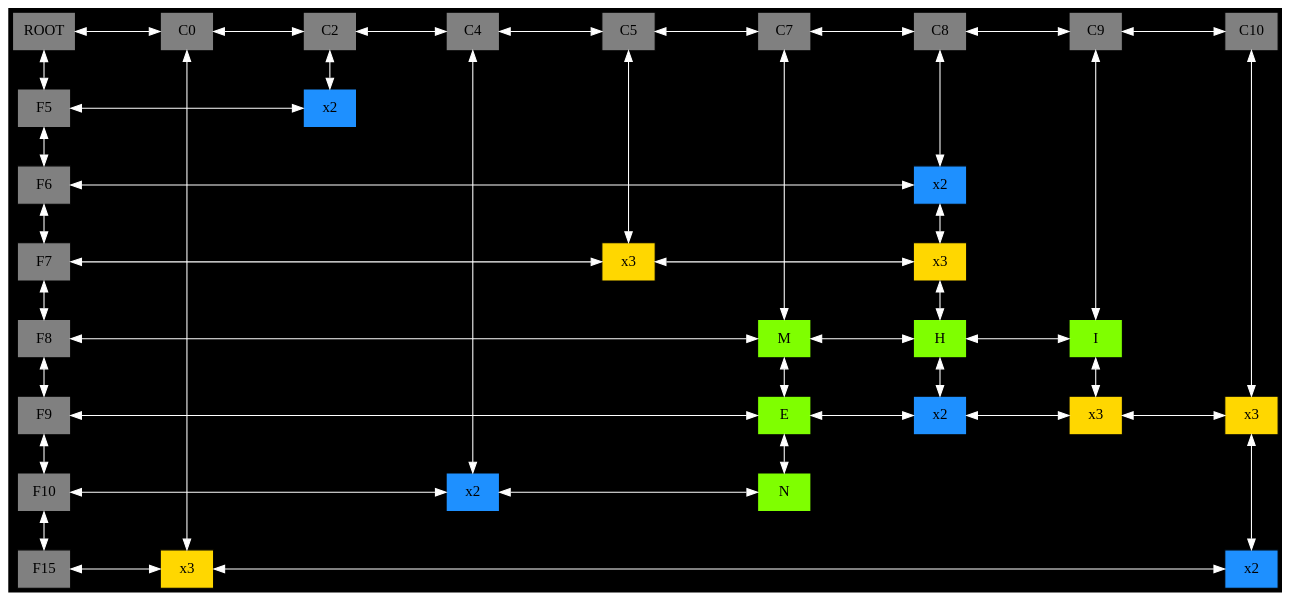
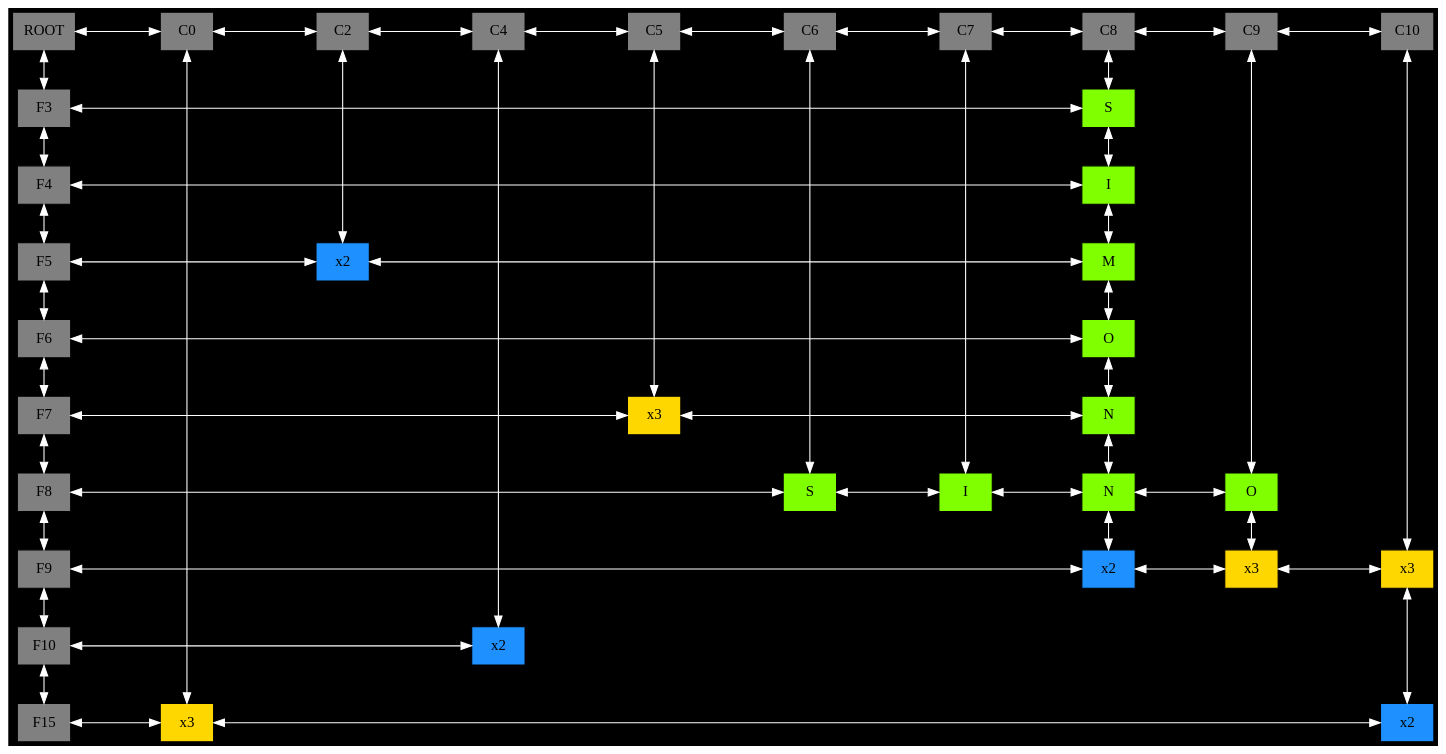
The diagram in Proyecto1EDD_201800464/REPORTES/matriz.dot (PabloAndresArg/EDD_1S2020_PY1_201800464), drawn with Graphviz before and after one commit. The commit also changed 36 other files, not shown here.

```diff
--- a/Proyecto1EDD_201800464/REPORTES/matriz.dot
+++ b/Proyecto1EDD_201800464/REPORTES/matriz.dot
@@ -1,98 +1,114 @@
 digraph G {bgcolor = black; 
 node[pin = true , shape = box, fontcolor = black  , fillcolor = gray  , width=0.7 ,style = filled] ;
 charset = latin1;
  style = filled ;
 nodesep = 1.0;
-VAL_00F0DFD8->VAL_00F45A90 [ dir=both ,color = white]; 
-VAL_00F0DFD8->VAL_00F44BA8 [  dir=both,  color = white]; 
-VAL_00F0DFD8[label = "ROOT", group = -1,pos = "-1,1" ];
-VAL_00F45A90->VAL_00F44B60 [ dir=both, color = white]; 
-VAL_00F45A90->VAL_00F45E80 [ dir=both, color = white]; 
-VAL_00F45A90[label="C0", group = 0,pos = "0,1" ];
-VAL_00F44B60->VAL_00F45F10 [ dir=both, color = white]; 
-VAL_00F44B60->VAL_00F44FE0 [ dir=both, color = white]; 
-VAL_00F44B60[label="C2", group = 2,pos = "2,1" ];
-VAL_00F45F10->VAL_00F45730 [ dir=both, color = white]; 
-VAL_00F45F10->VAL_00F45BF8 [ dir=both, color = white]; 
-VAL_00F45F10[label="C4", group = 4,pos = "4,1" ];
-VAL_00F45730->VAL_00F46540 [ dir=both, color = white]; 
-VAL_00F45730->VAL_00F45658 [ dir=both, color = white]; 
-VAL_00F45730[label="C5", group = 5,pos = "5,1" ];
-VAL_00F46540->VAL_00F449F8 [ dir=both, color = white]; 
-VAL_00F46540->VAL_00F46300 [ dir=both, color = white]; 
-VAL_00F46540[label="C7", group = 7,pos = "7,1" ];
-VAL_00F449F8->VAL_00F452F8 [ dir=both, color = white]; 
-VAL_00F449F8->VAL_00F448D8 [ dir=both, color = white]; 
-VAL_00F449F8[label="C8", group = 8,pos = "8,1" ];
-VAL_00F452F8->VAL_00F45EC8 [ dir=both, color = white]; 
-VAL_00F452F8->VAL_00F45418 [ dir=both, color = white]; 
-VAL_00F452F8[label="C9", group = 9,pos = "9,1" ];
-VAL_00F45EC8->VAL_00F45AD8 [ dir=both, color = white]; 
-VAL_00F45EC8[label="C10", group = 10,pos = "10,1" ];
-VAL_00F44BA8->VAL_00F44FE0 [ dir=both ,color = white]; 
-VAL_00F44BA8->VAL_00F44BF0 [  dir=both,  color = white]; 
-VAL_00F44BA8[label="F5" , group = -1,pos = "-1,-5" ];
-VAL_00F44FE0[ label = " x2 " ,fillcolor = dodgerblue1, group = 2,pos = "2,-5" ];
-VAL_00F44BF0->VAL_00F448D8 [ dir=both ,color = white]; 
-VAL_00F44BF0->VAL_00F45220 [  dir=both,  color = white]; 
-VAL_00F44BF0[label="F6" , group = -1,pos = "-1,-6" ];
-VAL_00F448D8->VAL_00F452B0 [ dir=both, color = white]; 
-VAL_00F448D8[ label = " x2 " ,fillcolor = dodgerblue1, group = 8,pos = "8,-6" ];
-VAL_00F45220->VAL_00F45658 [ dir=both ,color = white]; 
-VAL_00F45220->VAL_00F456E8 [  dir=both,  color = white]; 
-VAL_00F45220[label="F7" , group = -1,pos = "-1,-7" ];
-VAL_00F45658->VAL_00F452B0 [ dir=both, color = white]; 
-VAL_00F45658[ label = " x3 "  ,fillcolor = gold1, group = 5,pos = "5,-7" ];
-VAL_00F452B0->VAL_00F45778 [ dir=both, color = white]; 
-VAL_00F452B0[ label = " x3 "  ,fillcolor = gold1, group = 8,pos = "8,-7" ];
-VAL_00F456E8->VAL_00F46300 [ dir=both ,color = white]; 
-VAL_00F456E8->VAL_00F45070 [  dir=both,  color = white]; 
-VAL_00F456E8[label="F8" , group = -1,pos = "-1,-8" ];
-VAL_00F46300->VAL_00F45778 [ dir=both, color = white]; 
-VAL_00F46300->VAL_00F462B8 [ dir=both, color = white]; 
-VAL_00F46300[ label = "M" ,dir=both ,fillcolor = chartreuse1, group = 7,pos = "7,-8" ];
-VAL_00F45778->VAL_00F45418 [ dir=both, color = white]; 
-VAL_00F45778->VAL_00F45460 [ dir=both, color = white]; 
-VAL_00F45778[ label = "H" ,dir=both ,fillcolor = chartreuse1, group = 8,pos = "8,-8" ];
-VAL_00F45418->VAL_00F46150 [ dir=both, color = white]; 
-VAL_00F45418[ label = "I" ,dir=both ,fillcolor = chartreuse1, group = 9,pos = "9,-8" ];
-VAL_00F45070->VAL_00F462B8 [ dir=both ,color = white]; 
-VAL_00F45070->VAL_00F46198 [  dir=both,  color = white]; 
-VAL_00F45070[label="F9" , group = -1,pos = "-1,-9" ];
-VAL_00F462B8->VAL_00F45460 [ dir=both, color = white]; 
-VAL_00F462B8->VAL_00F47B18 [ dir=both, color = white]; 
-VAL_00F462B8[ label = "E" ,dir=both ,fillcolor = chartreuse1, group = 7,pos = "7,-9" ];
-VAL_00F45460->VAL_00F46150 [ dir=both, color = white]; 
-VAL_00F45460[ label = " x2 " ,fillcolor = dodgerblue1, group = 8,pos = "8,-9" ];
-VAL_00F46150->VAL_00F45AD8 [ dir=both, color = white]; 
-VAL_00F46150[ label = " x3 "  ,fillcolor = gold1, group = 9,pos = "9,-9" ];
-VAL_00F45AD8->VAL_00F46468 [ dir=both, color = white]; 
-VAL_00F45AD8[ label = " x3 "  ,fillcolor = gold1, group = 10,pos = "10,-9" ];
-VAL_00F46198->VAL_00F45BF8 [ dir=both ,color = white]; 
-VAL_00F46198->VAL_00F45B20 [  dir=both,  color = white]; 
-VAL_00F46198[label="F10" , group = -1,pos = "-1,-10" ];
-VAL_00F45BF8->VAL_00F47B18 [ dir=both, color = white]; 
-VAL_00F45BF8[ label = " x2 " ,fillcolor = dodgerblue1, group = 4,pos = "4,-10" ];
-VAL_00F47B18[ label = "N" ,dir=both ,fillcolor = chartreuse1, group = 7,pos = "7,-10" ];
-VAL_00F45B20->VAL_00F45E80 [ dir=both ,color = white]; 
-VAL_00F45B20[label="F15" , group = -1,pos = "-1,-15" ];
-VAL_00F45E80->VAL_00F46468 [ dir=both, color = white]; 
-VAL_00F45E80[ label = " x3 "  ,fillcolor = gold1, group = 0,pos = "0,-15" ];
-VAL_00F46468[ label = " x2 " ,fillcolor = dodgerblue1, group = 10,pos = "10,-15" ];
-{rank = same; VAL_00F0DFD8 VAL_00F45A90 VAL_00F44B60 VAL_00F45F10 VAL_00F45730 VAL_00F46540 VAL_00F449F8 VAL_00F452F8 VAL_00F45EC8 };
+VAL_00B959B8->VAL_00BDB140 [ dir=both ,color = white]; 
+VAL_00B959B8->VAL_00BDA4E0 [  dir=both,  color = white]; 
+VAL_00B959B8[label = "ROOT", group = -1,pos = "-1,1" ];
+VAL_00BDB140->VAL_00BD9528 [ dir=both, color = white]; 
+VAL_00BDB140->VAL_00BDB530 [ dir=both, color = white]; 
+VAL_00BDB140[label="C0", group = 0,pos = "0,1" ];
+VAL_00BD9528->VAL_00BDB650 [ dir=both, color = white]; 
+VAL_00BD9528->VAL_00BD91C8 [ dir=both, color = white]; 
+VAL_00BD9528[label="C2", group = 2,pos = "2,1" ];
+VAL_00BDB650->VAL_00BD9918 [ dir=both, color = white]; 
+VAL_00BDB650->VAL_00BDAF90 [ dir=both, color = white]; 
+VAL_00BDB650[label="C4", group = 4,pos = "4,1" ];
+VAL_00BD9918->VAL_00BD9B58 [ dir=both, color = white]; 
+VAL_00BD9918->VAL_00BD8F88 [ dir=both, color = white]; 
+VAL_00BD9918[label="C5", group = 5,pos = "5,1" ];
+VAL_00BD9B58->VAL_00BD82E0 [ dir=both, color = white]; 
+VAL_00BD9B58->VAL_00BD9A80 [ dir=both, color = white]; 
+VAL_00BD9B58[label="C6", group = 6,pos = "6,1" ];
+VAL_00BD82E0->VAL_00BD9408 [ dir=both, color = white]; 
+VAL_00BD82E0->VAL_00BD7EF0 [ dir=both, color = white]; 
+VAL_00BD82E0[label="C7", group = 7,pos = "7,1" ];
+VAL_00BD9408->VAL_00BD8520 [ dir=both, color = white]; 
+VAL_00BD9408->VAL_00BDA2A0 [ dir=both, color = white]; 
+VAL_00BD9408[label="C8", group = 8,pos = "8,1" ];
+VAL_00BD8520->VAL_00BDB7B8 [ dir=both, color = white]; 
+VAL_00BD8520->VAL_00BD8448 [ dir=both, color = white]; 
+VAL_00BD8520[label="C9", group = 9,pos = "9,1" ];
+VAL_00BDB7B8->VAL_00BDB068 [ dir=both, color = white]; 
+VAL_00BDB7B8[label="C10", group = 10,pos = "10,1" ];
+VAL_00BDA4E0->VAL_00BDA2A0 [ dir=both ,color = white]; 
+VAL_00BDA4E0->VAL_00BD9D90 [  dir=both,  color = white]; 
+VAL_00BDA4E0[label="F3" , group = -1,pos = "-1,-3" ];
+VAL_00BDA2A0->VAL_00BDBC80 [ dir=both, color = white]; 
+VAL_00BDA2A0[ label = "S" ,dir=both ,fillcolor = chartreuse1, group = 8,pos = "8,-3" ];
+VAL_00BD9D90->VAL_00BDBC80 [ dir=both ,color = white]; 
+VAL_00BD9D90->VAL_00BD93C0 [  dir=both,  color = white]; 
+VAL_00BD9D90[label="F4" , group = -1,pos = "-1,-4" ];
+VAL_00BDBC80->VAL_00BDBA40 [ dir=both, color = white]; 
+VAL_00BDBC80[ label = "I" ,dir=both ,fillcolor = chartreuse1, group = 8,pos = "8,-4" ];
+VAL_00BD93C0->VAL_00BD91C8 [ dir=both ,color = white]; 
+VAL_00BD93C0->VAL_00BD9498 [  dir=both,  color = white]; 
+VAL_00BD93C0[label="F5" , group = -1,pos = "-1,-5" ];
+VAL_00BD91C8->VAL_00BDBA40 [ dir=both, color = white]; 
+VAL_00BD91C8[ label = " x2 " ,fillcolor = dodgerblue1, group = 2,pos = "2,-5" ];
+VAL_00BDBA40->VAL_00BD9600 [ dir=both, color = white]; 
+VAL_00BDBA40[ label = "M" ,dir=both ,fillcolor = chartreuse1, group = 8,pos = "8,-5" ];
+VAL_00BD9498->VAL_00BD9600 [ dir=both ,color = white]; 
+VAL_00BD9498->VAL_00BD9B10 [  dir=both,  color = white]; 
+VAL_00BD9498[label="F6" , group = -1,pos = "-1,-6" ];
+VAL_00BD9600->VAL_00BD9960 [ dir=both, color = white]; 
+VAL_00BD9600[ label = "O" ,dir=both ,fillcolor = chartreuse1, group = 8,pos = "8,-6" ];
+VAL_00BD9B10->VAL_00BD8F88 [ dir=both ,color = white]; 
+VAL_00BD9B10->VAL_00BD8298 [  dir=both,  color = white]; 
+VAL_00BD9B10[label="F7" , group = -1,pos = "-1,-7" ];
+VAL_00BD8F88->VAL_00BD9960 [ dir=both, color = white]; 
+VAL_00BD8F88[ label = " x3 "  ,fillcolor = gold1, group = 5,pos = "5,-7" ];
+VAL_00BD9960->VAL_00BD8370 [ dir=both, color = white]; 
+VAL_00BD9960[ label = "N" ,dir=both ,fillcolor = chartreuse1, group = 8,pos = "8,-7" ];
+VAL_00BD8298->VAL_00BD9A80 [ dir=both ,color = white]; 
+VAL_00BD8298->VAL_00BD7DD0 [  dir=both,  color = white]; 
+VAL_00BD8298[label="F8" , group = -1,pos = "-1,-8" ];
+VAL_00BD9A80->VAL_00BD7EF0 [ dir=both, color = white]; 
+VAL_00BD9A80[ label = "S" ,dir=both ,fillcolor = chartreuse1, group = 6,pos = "6,-8" ];
+VAL_00BD7EF0->VAL_00BD8370 [ dir=both, color = white]; 
+VAL_00BD7EF0[ label = "I" ,dir=both ,fillcolor = chartreuse1, group = 7,pos = "7,-8" ];
+VAL_00BD8370->VAL_00BD8448 [ dir=both, color = white]; 
+VAL_00BD8370->VAL_00BD7D40 [ dir=both, color = white]; 
+VAL_00BD8370[ label = "N" ,dir=both ,fillcolor = chartreuse1, group = 8,pos = "8,-8" ];
+VAL_00BD8448->VAL_00BD7E60 [ dir=both, color = white]; 
+VAL_00BD8448[ label = "O" ,dir=both ,fillcolor = chartreuse1, group = 9,pos = "9,-8" ];
+VAL_00BD7DD0->VAL_00BD7D40 [ dir=both ,color = white]; 
+VAL_00BD7DD0->VAL_00BDB188 [  dir=both,  color = white]; 
+VAL_00BD7DD0[label="F9" , group = -1,pos = "-1,-9" ];
+VAL_00BD7D40->VAL_00BD7E60 [ dir=both, color = white]; 
+VAL_00BD7D40[ label = " x2 " ,fillcolor = dodgerblue1, group = 8,pos = "8,-9" ];
+VAL_00BD7E60->VAL_00BDB068 [ dir=both, color = white]; 
+VAL_00BD7E60[ label = " x3 "  ,fillcolor = gold1, group = 9,pos = "9,-9" ];
+VAL_00BDB068->VAL_00BDB2F0 [ dir=both, color = white]; 
+VAL_00BDB068[ label = " x3 "  ,fillcolor = gold1, group = 10,pos = "10,-9" ];
+VAL_00BDB188->VAL_00BDAF90 [ dir=both ,color = white]; 
+VAL_00BDB188->VAL_00BDB2A8 [  dir=both,  color = white]; 
+VAL_00BDB188[label="F10" , group = -1,pos = "-1,-10" ];
+VAL_00BDAF90[ label = " x2 " ,fillcolor = dodgerblue1, group = 4,pos = "4,-10" ];
+VAL_00BDB2A8->VAL_00BDB530 [ dir=both ,color = white]; 
+VAL_00BDB2A8[label="F15" , group = -1,pos = "-1,-15" ];
+VAL_00BDB530->VAL_00BDB2F0 [ dir=both, color = white]; 
+VAL_00BDB530[ label = " x3 "  ,fillcolor = gold1, group = 0,pos = "0,-15" ];
+VAL_00BDB2F0[ label = " x2 " ,fillcolor = dodgerblue1, group = 10,pos = "10,-15" ];
+{rank = same; VAL_00B959B8 VAL_00BDB140 VAL_00BD9528 VAL_00BDB650 VAL_00BD9918 VAL_00BD9B58 VAL_00BD82E0 VAL_00BD9408 VAL_00BD8520 VAL_00BDB7B8 };
 
-{rank = same; VAL_00F44BA8 VAL_00F44FE0 };
+{rank = same; VAL_00BDA4E0 VAL_00BDA2A0 };
 
-{rank = same; VAL_00F44BF0 VAL_00F448D8 };
+{rank = same; VAL_00BD9D90 VAL_00BDBC80 };
 
-{rank = same; VAL_00F45220 VAL_00F45658 VAL_00F452B0 };
+{rank = same; VAL_00BD93C0 VAL_00BD91C8 VAL_00BDBA40 };
 
-{rank = same; VAL_00F456E8 VAL_00F46300 VAL_00F45778 VAL_00F45418 };
+{rank = same; VAL_00BD9498 VAL_00BD9600 };
 
-{rank = same; VAL_00F45070 VAL_00F462B8 VAL_00F45460 VAL_00F46150 VAL_00F45AD8 };
+{rank = same; VAL_00BD9B10 VAL_00BD8F88 VAL_00BD9960 };
 
-{rank = same; VAL_00F46198 VAL_00F45BF8 VAL_00F47B18 };
+{rank = same; VAL_00BD8298 VAL_00BD9A80 VAL_00BD7EF0 VAL_00BD8370 VAL_00BD8448 };
 
-{rank = same; VAL_00F45B20 VAL_00F45E80 VAL_00F46468 };
+{rank = same; VAL_00BD7DD0 VAL_00BD7D40 VAL_00BD7E60 VAL_00BDB068 };
+
+{rank = same; VAL_00BDB188 VAL_00BDAF90 };
+
+{rank = same; VAL_00BDB2A8 VAL_00BDB530 VAL_00BDB2F0 };
 
 }
```
